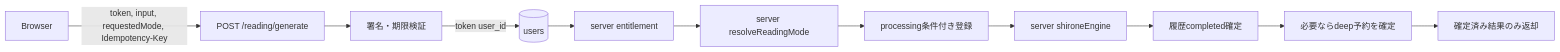
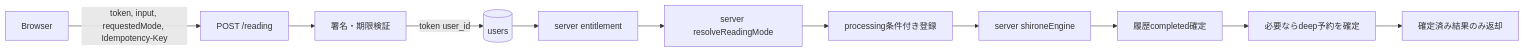
The second of 2 diagrams in docs/PAID_READING_TRUST_BOUNDARY.md (shironenana-ops/nana-fortune), drawn with Mermaid before and after one commit. The commit also changed 13 other files, not shown here.

````diff
--- a/docs/PAID_READING_TRUST_BOUNDARY.md
+++ b/docs/PAID_READING_TRUST_BOUNDARY.md
@@ -38,13 +38,13 @@
 ```mermaid
 flowchart LR
-  A[Browser] -->|token, input, requestedMode, Idempotency-Key| B[POST /reading/generate]
+  A[Browser] -->|token, input, requestedMode, Idempotency-Key| B[POST /reading]
   B --> C[署名・期限検証]
   C -->|token user_id| D[(users)]
   D --> E[server entitlement]
   E --> F[server resolveReadingMode]
   F --> G[processing条件付き登録]
   G --> H[server shironeEngine]
   H --> I[履歴completed確定]
   I --> J[必要ならdeep予約を確定]
   J --> K[確定済み結果のみ返却]
 ```
````
